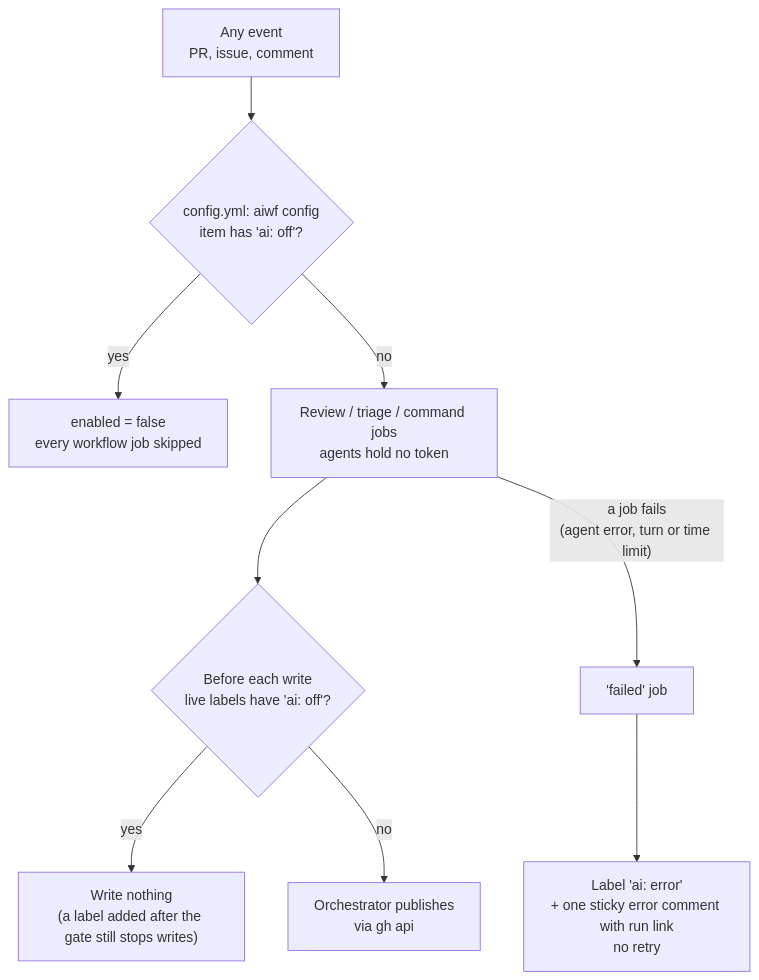
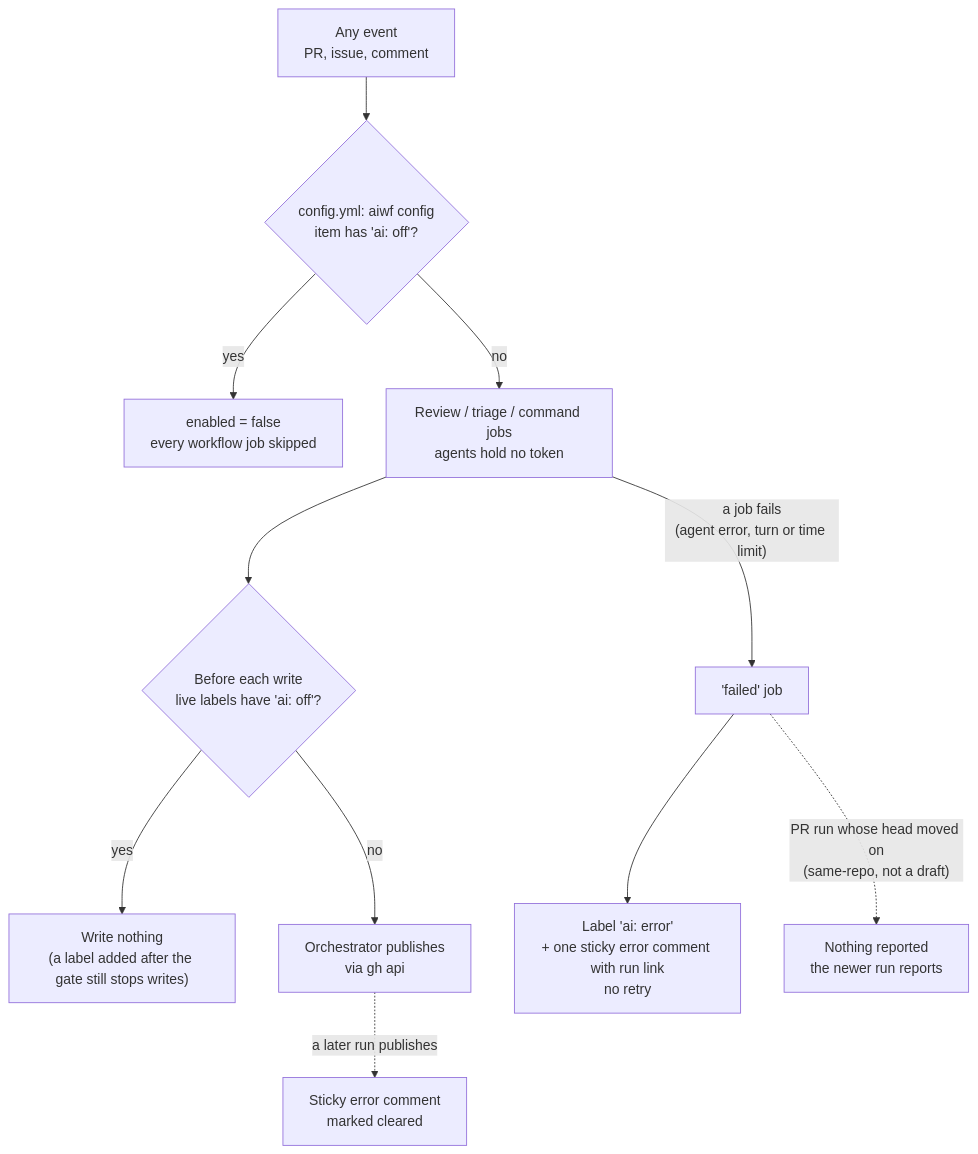
One commit to esciara/ai-workflows changed diagram 12 of 15 in docs/diagrams.md. Above: the diagram before and after it, drawn with Mermaid. The commit also changed other lines of this file, not shown here.

First line of the commit message:
docs(diagrams): WP6 reproduce diagram, WP6/WP11b1 done, WP7 in progress, /reproduce, guard error clearing

````diff
--- a/docs/diagrams.md
+++ b/docs/diagrams.md
@@ -366,11 +391,13 @@
 ```mermaid
 flowchart TD
   E["Any event<br/>PR, issue, comment"] --> G{"config.yml: aiwf config<br/>item has 'ai: off'?"}
   G -- yes --> S["enabled = false<br/>every workflow job skipped"]
   G -- no --> J["Review / triage / command jobs<br/>agents hold no token"]
   J --> W{"Before each write<br/>live labels have 'ai: off'?"}
   W -- yes --> N["Write nothing<br/>(a label added after the gate still stops writes)"]
   W -- no --> P["Orchestrator publishes<br/>via gh api"]
   J -- "a job fails<br/>(agent error, turn or time limit)" --> F["'failed' job"]
   F --> R["Label 'ai: error'<br/>+ one sticky error comment with run link<br/>no retry"]
+  F -. "PR run whose head moved on<br/>(same-repo, not a draft)" .-> SU["Nothing reported<br/>the newer run reports"]
+  P -. "a later run publishes" .-> CL["Sticky error comment<br/>marked cleared"]
 ```
````
